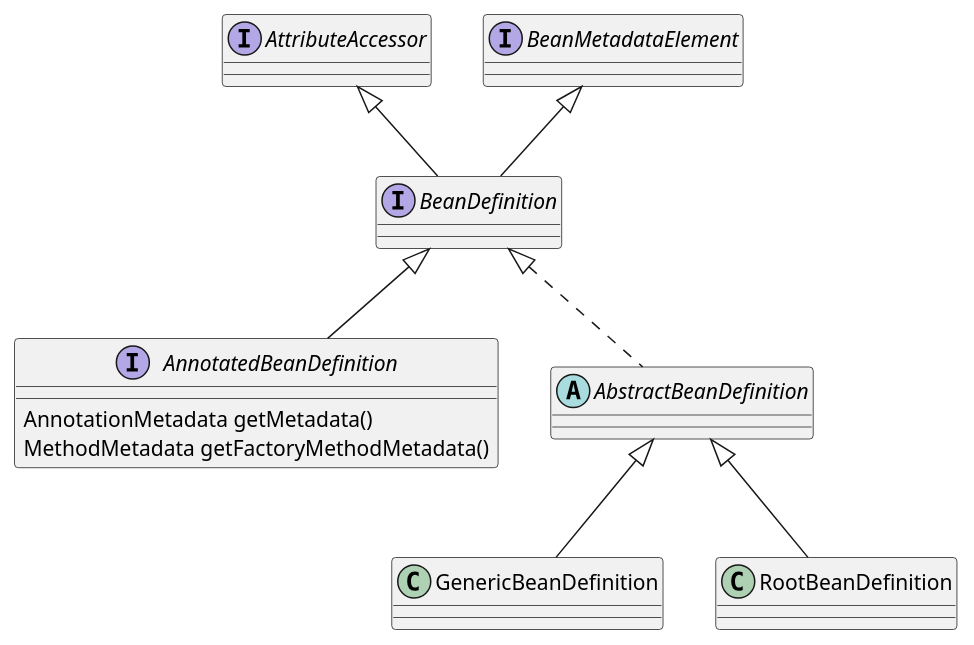
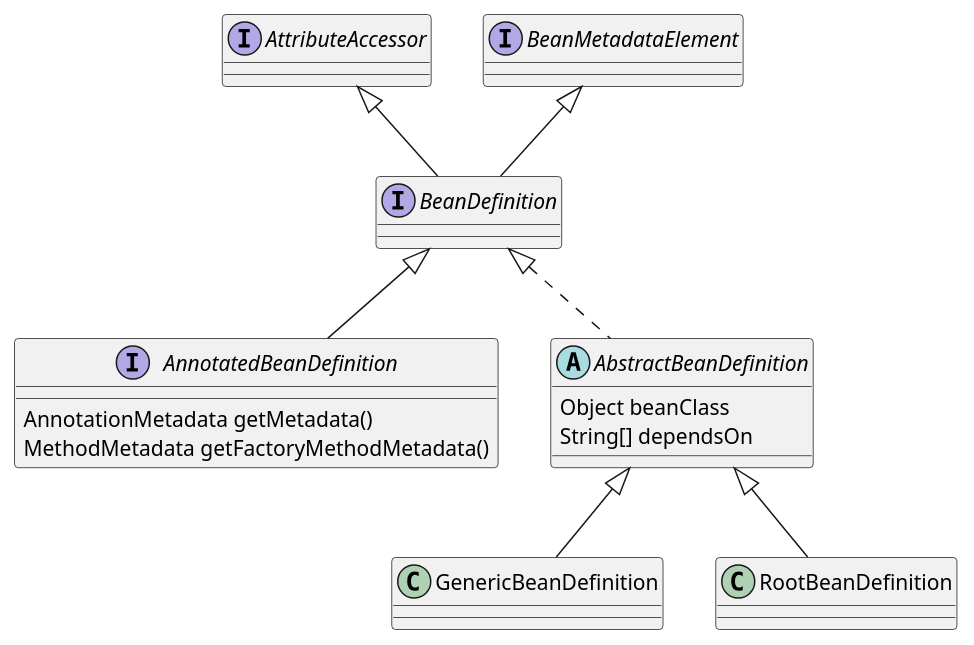
One commit to kevinwang930/kevinwang930.github.io changed the first of 13 diagrams in content/post/java/spring/spring/index.md. Above: the diagram before and after it, drawn with PlantUML. The commit also changed other lines of this file and 6 other files, not shown here.

````diff
--- a/content/post/java/spring/spring/index.md
+++ b/content/post/java/spring/spring/index.md
@@ -40,12 +40,13 @@
 ```plantuml
 interface BeanDefinition extends AttributeAccessor,BeanMetadataElement
 interface AnnotatedBeanDefinition extends BeanDefinition {
     AnnotationMetadata getMetadata()
     MethodMetadata getFactoryMethodMetadata()
 }
 abstract class AbstractBeanDefinition implements BeanDefinition {
- 
+    Object beanClass
+    String[] dependsOn
 }
 class GenericBeanDefinition extends AbstractBeanDefinition
 class RootBeanDefinition extends AbstractBeanDefinition
 ```
````
